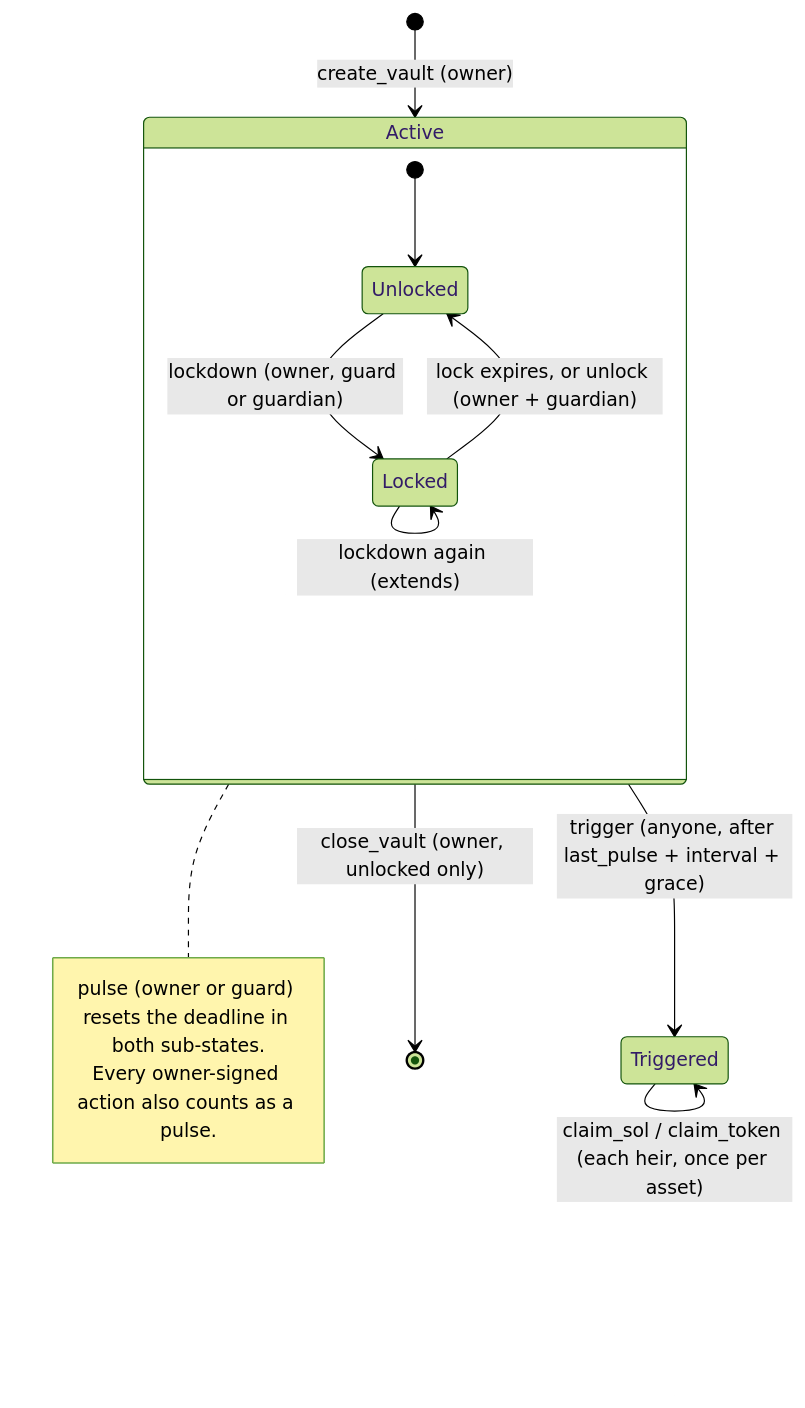
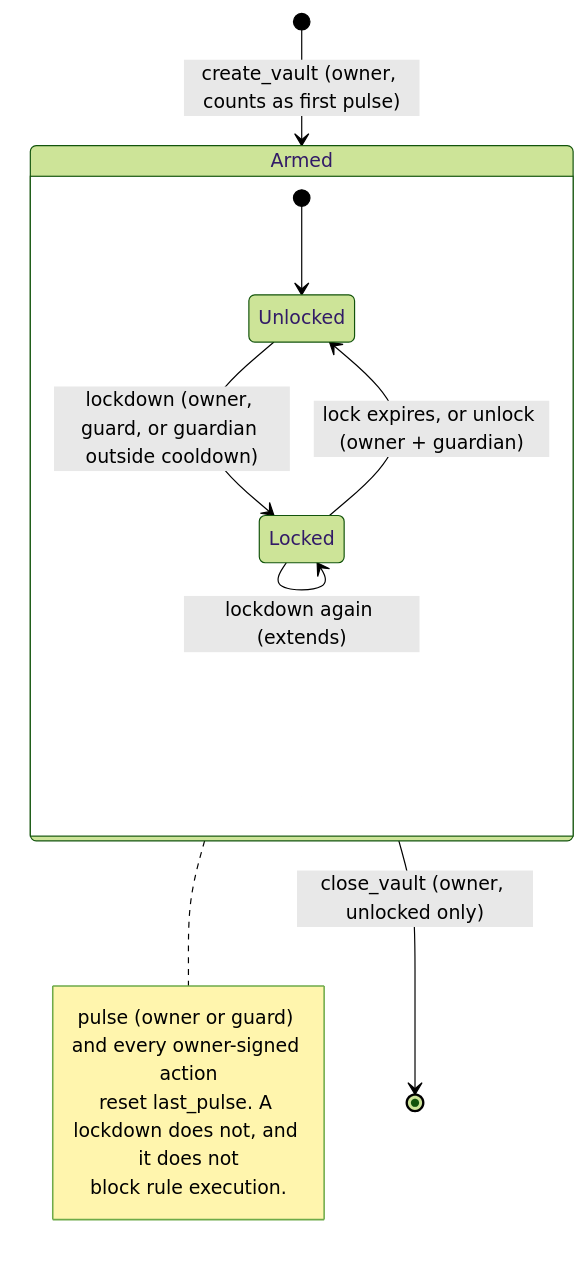
Before and after one commit to GabrielNeugebauer/deadman: the first of 2 diagrams in README.md, drawn with Mermaid (forest theme). The commit also changed other lines of this file and 66 other files, not shown here.

````diff
--- a/README.md
+++ b/README.md
@@ -30,17 +36,16 @@
 ```mermaid
 stateDiagram-v2
-    [*] --> Active: create_vault (owner)
-    state Active {
+    [*] --> Armed: create_vault (owner, counts as first pulse)
+    state Armed {
         [*] --> Unlocked
-        Unlocked --> Locked: lockdown (owner, guard or guardian)
+        Unlocked --> Locked: lockdown (owner, guard, or guardian outside cooldown)
         Locked --> Locked: lockdown again (extends)
         Locked --> Unlocked: lock expires, or unlock (owner + guardian)
     }
-    note right of Active
-        pulse (owner or guard) resets the deadline in both sub-states.
-        Every owner-signed action also counts as a pulse.
+    note right of Armed
+        pulse (owner or guard) and every owner-signed action
+        reset last_pulse. A lockdown does not, and it does not
+        block rule execution.
     end note
-    Active --> Triggered: trigger (anyone, after last_pulse + interval + grace)
-    Active --> [*]: close_vault (owner, unlocked only)
-    Triggered --> Triggered: claim_sol / claim_token (each heir, once per asset)
+    Armed --> [*]: close_vault (owner, unlocked only)
 ```
````
